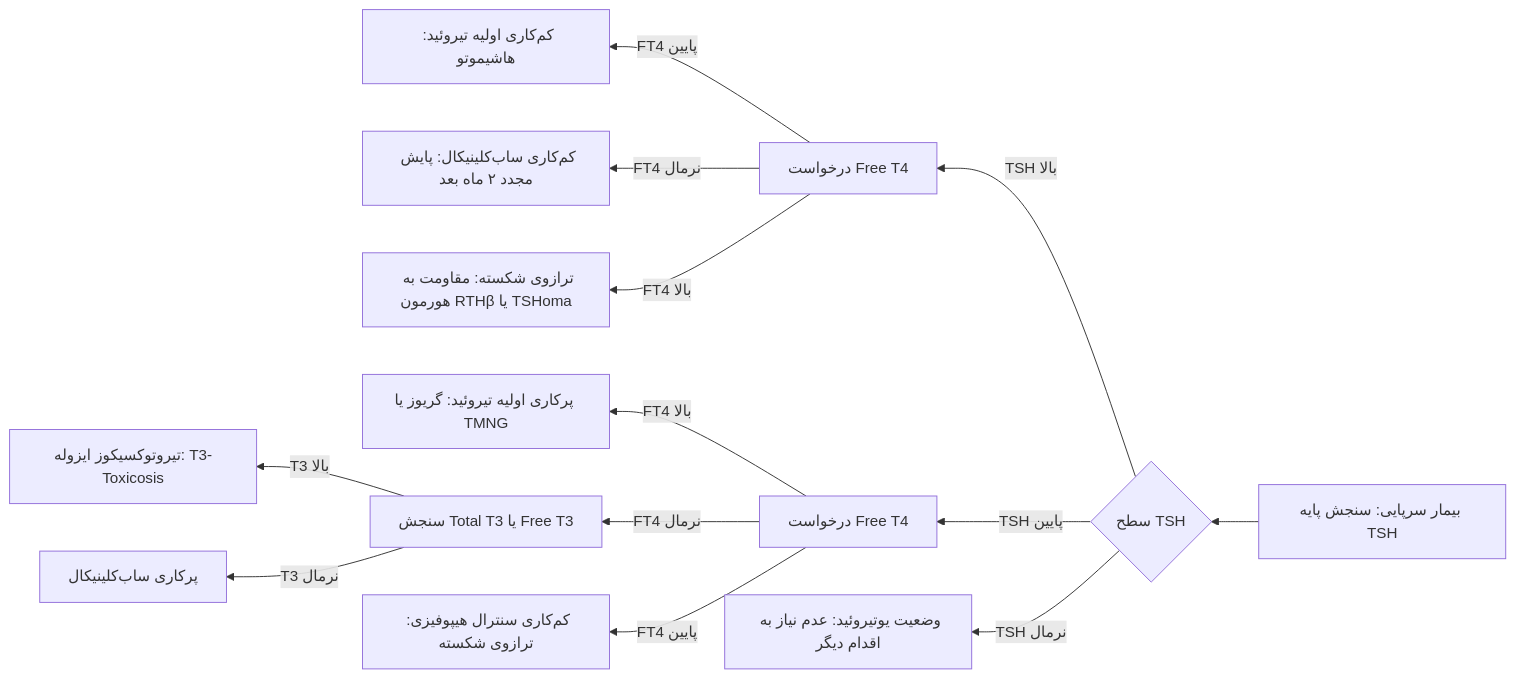
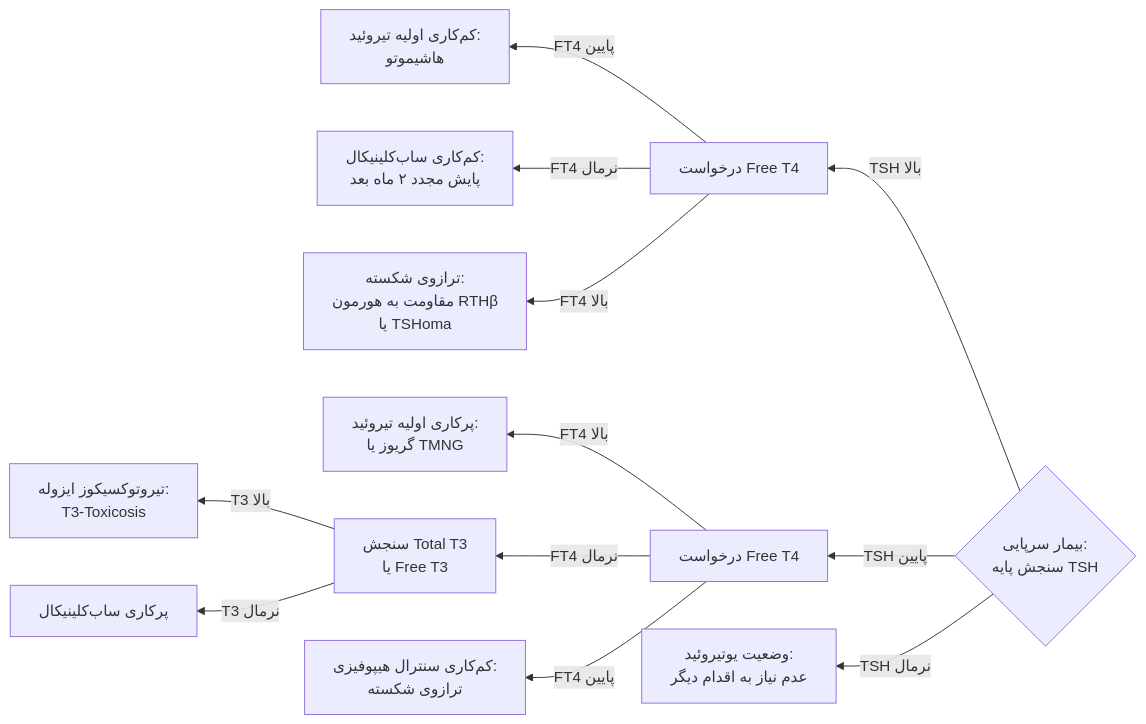
Before and after one commit to neopulse-hub/TUMS-1402-1-neo: the fifth of 5 diagrams in 07/مبانی غدد/مقدمات تیروئید.md, drawn with Mermaid. The commit also changed other lines of this file, not shown here.

Commit message:
Update مقدمات تیروئید.md

````diff
--- a/07/مبانی غدد/مقدمات تیروئید.md
+++ b/07/مبانی غدد/مقدمات تیروئید.md
@@ -179,19 +179,19 @@
 ```mermaid
 flowchart RL
-    Start[بیمار سرپایی: سنجش پایه TSH] --> TSH_Res{سطح TSH}
+	TSH_Res{بیمار سرپایی:<br>سنجش پایه TSH}
     
     TSH_Res -->|TSH بالا| HighTSH[درخواست Free T4]
     TSH_Res -->|TSH پایین| LowTSH[درخواست Free T4]
-    TSH_Res -->|TSH نرمال| NormalTSH[وضعیت یوتیروئید: عدم نیاز به اقدام دیگر]
+    TSH_Res -->|TSH نرمال| NormalTSH[وضعیت یوتیروئید:<br>عدم نیاز به اقدام دیگر]
     
-    HighTSH -->|FT4 پایین| PrimHypo[کم‌کاری اولیه تیروئید: هاشیموتو]
-    HighTSH -->|FT4 نرمال| SubHypo[کم‌کاری ساب‌کلینیکال: پایش مجدد ۲ ماه بعد]
-    HighTSH -->|FT4 بالا| Disc1[ترازوی شکسته: مقاومت به هورمون RTHβ یا TSHoma]
+    HighTSH -->|FT4 پایین| PrimHypo[کم‌کاری اولیه تیروئید:<br>هاشیموتو]
+    HighTSH -->|FT4 نرمال| SubHypo[کم‌کاری ساب‌کلینیکال:<br>پایش مجدد ۲ ماه بعد]
+    HighTSH -->|FT4 بالا| Disc1[ترازوی شکسته:<br>مقاومت به هورمون RTHβ<br>یا TSHoma]
     
-    LowTSH -->|FT4 بالا| PrimHyper[پرکاری اولیه تیروئید: گریوز یا TMNG]
-    LowTSH -->|FT4 نرمال| CheckT3[سنجش Total T3 یا Free T3]
-    LowTSH -->|FT4 پایین| CentralHypo[کم‌کاری سنترال هیپوفیزی: ترازوی شکسته]
+    LowTSH -->|FT4 بالا| PrimHyper[پرکاری اولیه تیروئید:<br>گریوز یا TMNG]
+    LowTSH -->|FT4 نرمال| CheckT3[سنجش Total T3<br>یا Free T3]
+    LowTSH -->|FT4 پایین| CentralHypo[کم‌کاری سنترال هیپوفیزی:<br>ترازوی شکسته]
     
-    CheckT3 -->|T3 بالا| T3Tox[تیروتوکسیکوز ایزوله: T3-Toxicosis]
+    CheckT3 -->|T3 بالا| T3Tox[تیروتوکسیکوز ایزوله:<br>T3-Toxicosis]
     CheckT3 -->|T3 نرمال| SubHyper[پرکاری ساب‌کلینیکال]
 ```
````
